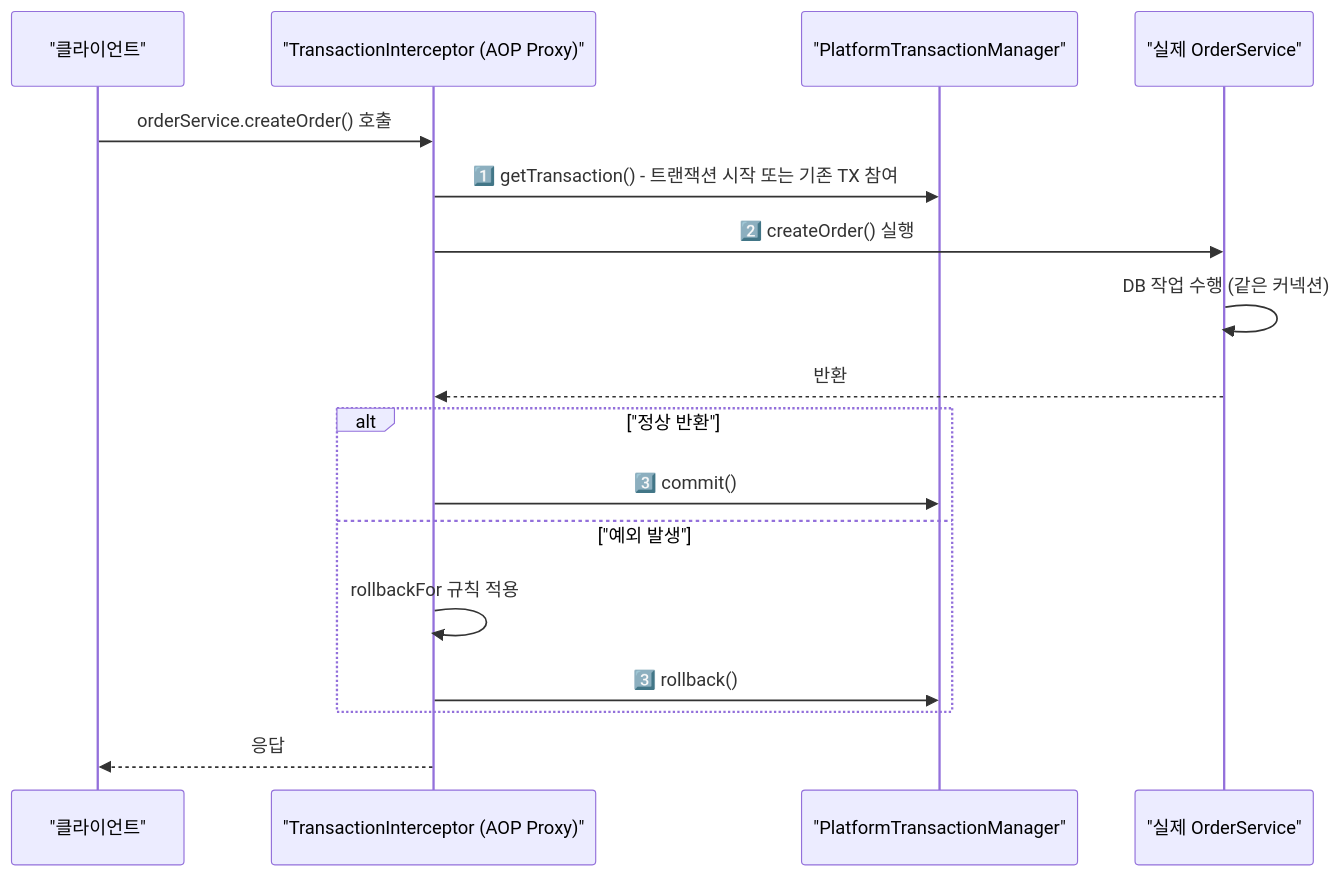
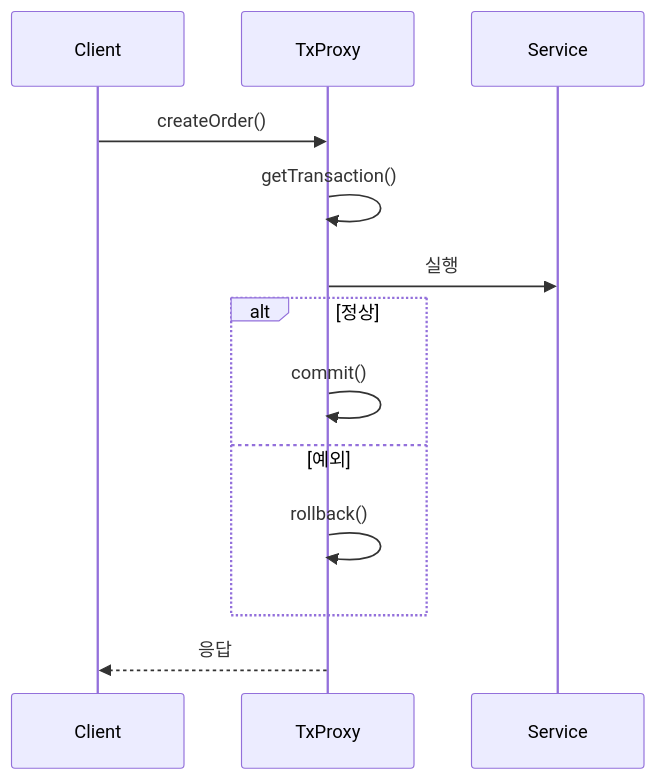
Before and after one commit to yjkim2015/yjkim2015.github.io: the first of 3 diagrams in _posts/spring/2026-05-01-spring-transaction.md, drawn with Mermaid. The commit also changed other lines of this file and 215 other files, not shown here.

First line of the commit message:
신규 포스트 10개 추가 + Mermaid 전면 축소 + SystemDesign 시리즈 보강

````diff
--- a/_posts/spring/2026-05-01-spring-transaction.md
+++ b/_posts/spring/2026-05-01-spring-transaction.md
@@ -77,20 +77,15 @@
 ```mermaid
 sequenceDiagram
-    participant C as "클라이언트"
-    participant P as "TransactionInterceptor (AOP Proxy)"
-    participant TM as "PlatformTransactionManager"
-    participant S as "실제 OrderService"
-
-    C->>P: orderService.createOrder() 호출
-    P->>TM: 1️⃣ getTransaction() - 트랜잭션 시작 또는 기존 TX 참여
-    P->>S: 2️⃣ createOrder() 실행
-    S->>S: DB 작업 수행 (같은 커넥션)
-    S-->>P: 반환
-    alt "정상 반환"
-        P->>TM: 3️⃣ commit()
-    else "예외 발생"
-        P->>P: rollbackFor 규칙 적용
-        P->>TM: 3️⃣ rollback()
+    participant C as Client
+    participant P as TxProxy
+    participant S as Service
+    C->>P: createOrder()
+    P->>P: getTransaction()
+    P->>S: 실행
+    alt 정상
+        P->>P: commit()
+    else 예외
+        P->>P: rollback()
     end
     P-->>C: 응답
 ```
````
